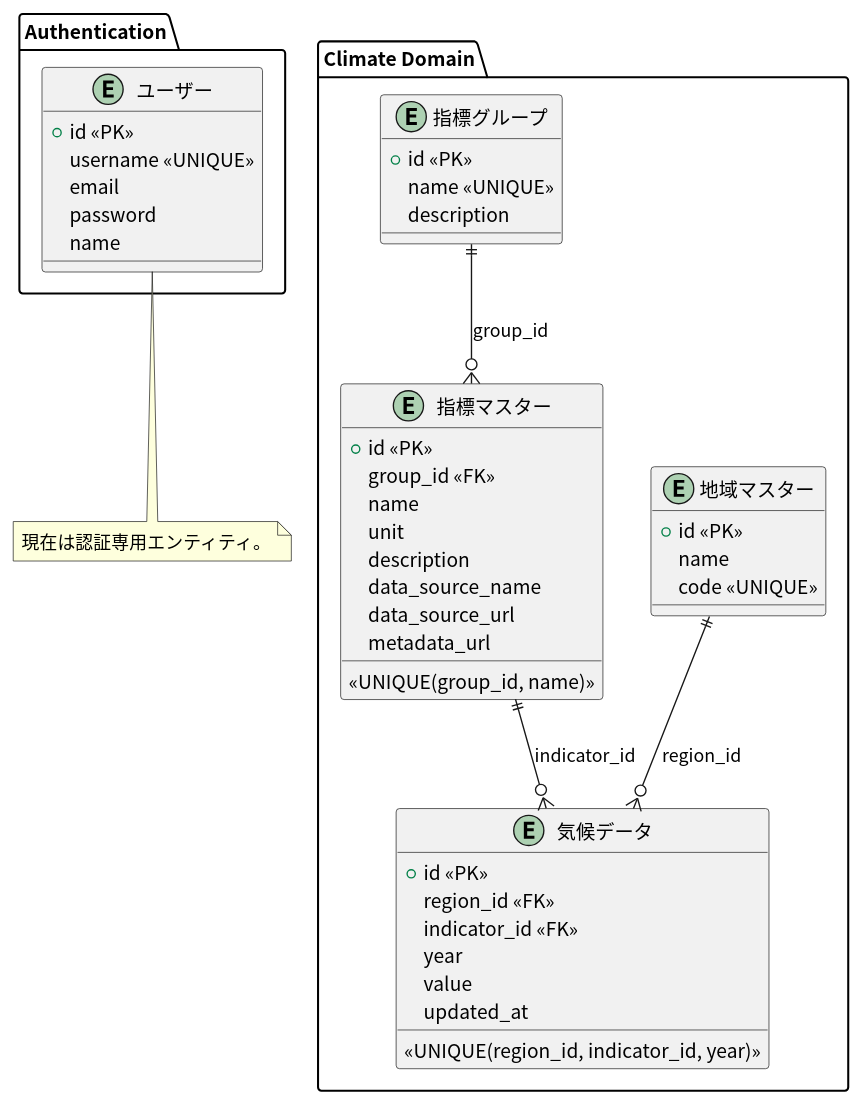
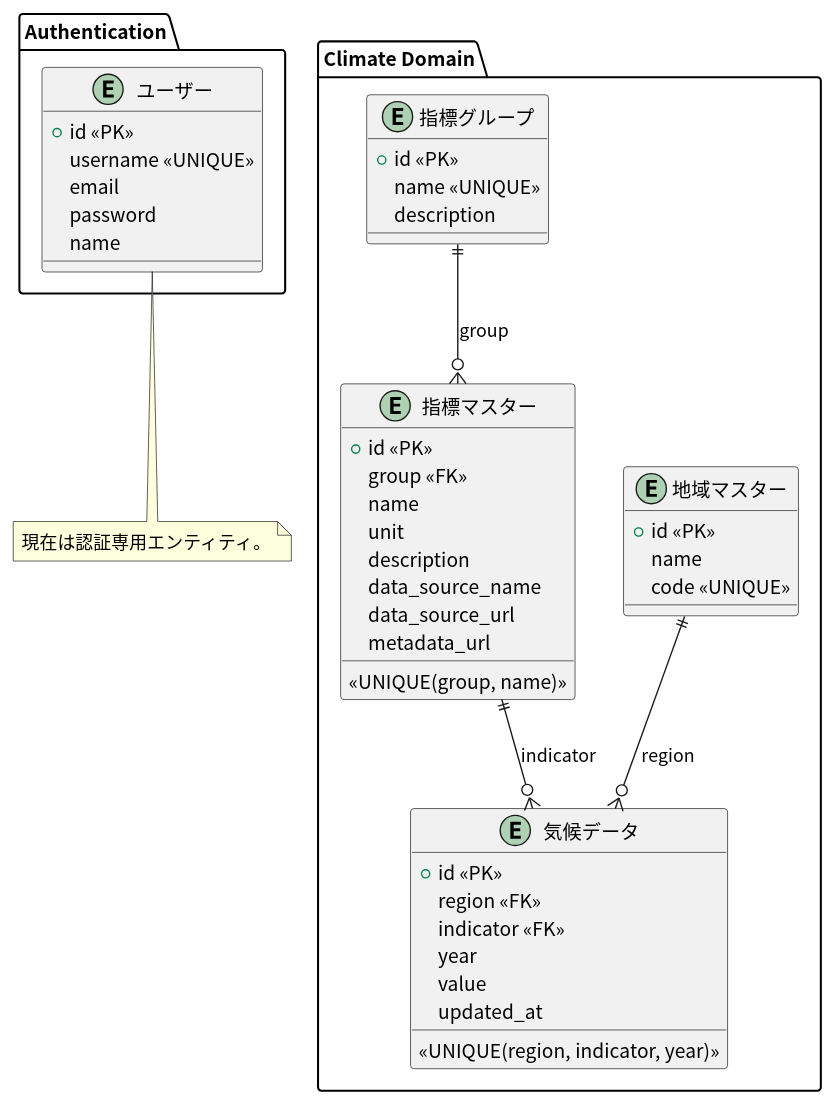
Before and after one commit to tomoki-shiozaki/climate-change-app: the diagram in docs/er/er.pu, drawn with PlantUML. The commit also changed 1 other file, not shown here.

Commit message:
docs(ER): update ER diagram

```diff
--- a/docs/er/er.pu
+++ b/docs/er/er.pu
@@ -1,60 +1,60 @@
 @startuml er
 skinparam defaultFontName "Noto Sans CJK JP"
 
 package "Authentication" {
   entity "ユーザー" as User {
     +id <<PK>>
     username <<UNIQUE>>
     email
     password
     name
   }
 }
 
 package "Climate Domain" {
 
   entity "地域マスター" as Region {
     +id <<PK>>
     name
     code <<UNIQUE>>
   }
 
   entity "指標グループ" as IndicatorGroup {
     +id <<PK>>
     name <<UNIQUE>>
     description
   }
 
   entity "指標マスター" as Indicator {
     +id <<PK>>
-    group_id <<FK>>
+    group <<FK>>
     name
     unit
     description
     data_source_name
     data_source_url
     metadata_url
-    <<UNIQUE(group_id, name)>>
+    <<UNIQUE(group, name)>>
   }
 
   entity "気候データ" as ClimateData {
     +id <<PK>>
-    region_id <<FK>>
-    indicator_id <<FK>>
+    region <<FK>>
+    indicator <<FK>>
     year
     value
     updated_at
-    <<UNIQUE(region_id, indicator_id, year)>>
+    <<UNIQUE(region, indicator, year)>>
   }
 
-  IndicatorGroup ||--o{ Indicator : group_id
+  IndicatorGroup ||--o{ Indicator : group
 
-  Region ||--o{ ClimateData : region_id
-  Indicator ||--o{ ClimateData : indicator_id
+  Region ||--o{ ClimateData : region
+  Indicator ||--o{ ClimateData : indicator
 }
 
 note bottom of User
 現在は認証専用エンティティ。
 end note
 
 @enduml
```
